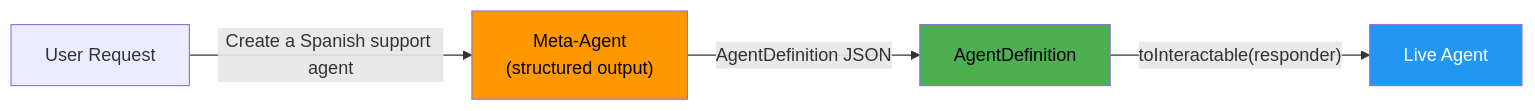
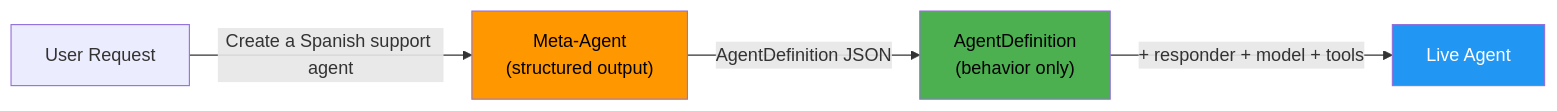
The fifth of 5 diagrams in docs/guides/blueprints.md (paragon-intelligence/agentle4j), drawn with Mermaid before and after one commit. The commit also changed other lines of this file and 2 other files, not shown here.

Commit message:
feat: Redesign `AgentDefinition` to be purely behavioral, removing infrastructure fields and requiring explicit provision of models and tools during conversion to an `Interactable`.

````diff
--- a/docs/guides/blueprints.md
+++ b/docs/guides/blueprints.md
@@ -1181,10 +1187,10 @@
 ```mermaid
 flowchart LR
     U["User Request"] -->|"Create a Spanish support agent"| MA["Meta-Agent<br/>(structured output)"]
-    MA -->|"AgentDefinition JSON"| AD["AgentDefinition"]
-    AD -->|"toInteractable(responder)"| A["Live Agent"]
+    MA -->|"AgentDefinition JSON"| AD["AgentDefinition<br/>(behavior only)"]
+    AD -->|"+ responder + model + tools"| A["Live Agent"]
     
     style MA fill:#ff9800,color:#000
     style AD fill:#4caf50,color:#000
     style A fill:#2196f3,color:#fff
 ```
````
